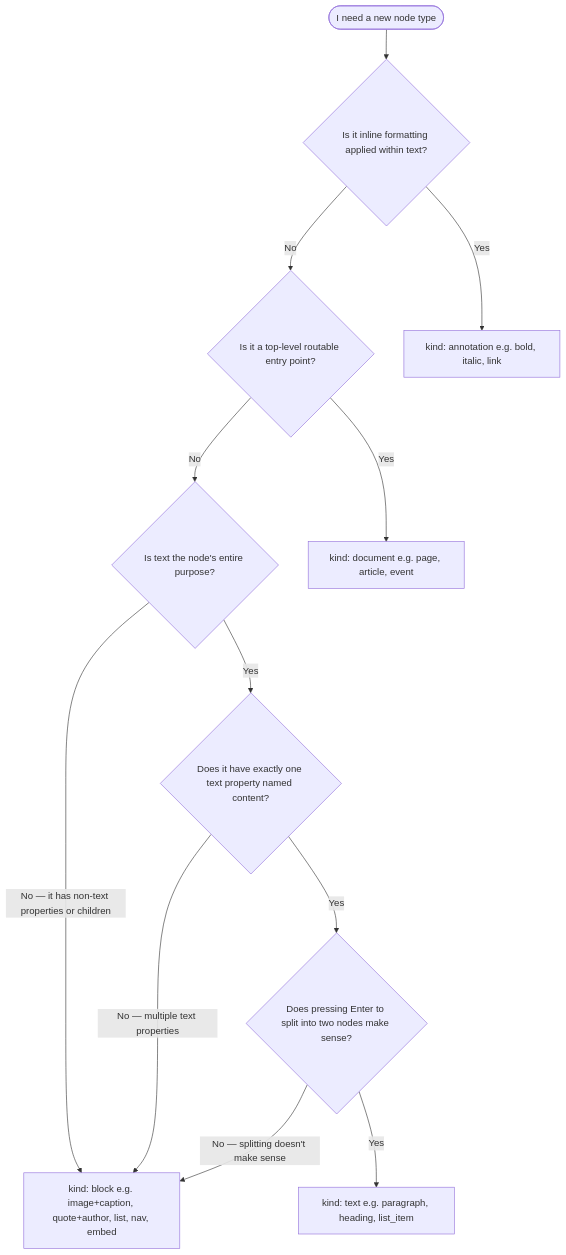
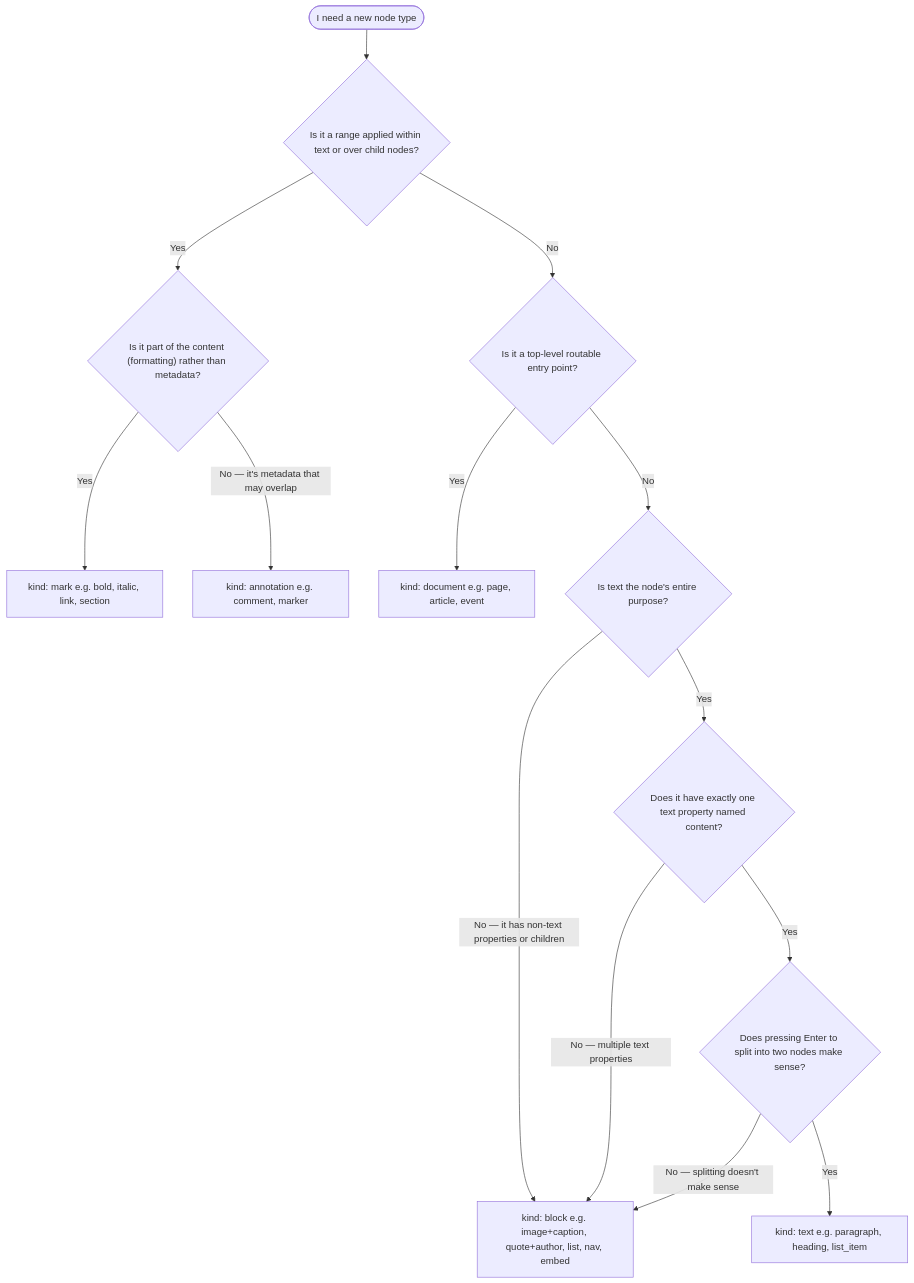
One commit to michael/svedit changed the diagram in README.md. Above: the diagram before and after it, drawn with Mermaid. The commit also changed other lines of this file and 26 other files, not shown here.

````diff
--- a/README.md
+++ b/README.md
@@ -84,26 +85,30 @@
 ```mermaid
 flowchart TD
     Start(["I need a new node type"])
-    Q1{"Is it inline formatting applied within text?"}
+    Q1{"Is it a range applied within text or over child nodes?"}
+    Q1a{"Is it part of the content (formatting) rather than metadata?"}
     Q2{"Is it a top-level routable entry point?"}
     Q3{"Is text the node's entire purpose?"}
     Q4{"Does it have exactly one text property named content?"}
     Q5{"Does pressing Enter to split into two nodes make sense?"}
 
-    KindAnnotation["kind: annotation e.g. bold, italic, link"]
+    KindMark["kind: mark e.g. bold, italic, link, section"]
+    KindAnnotation["kind: annotation e.g. comment, marker"]
     KindDocument["kind: document e.g. page, article, event"]
     KindBlock["kind: block e.g. image+caption, quote+author, list, nav, embed"]
     KindText["kind: text e.g. paragraph, heading, list_item"]
 
     Start --> Q1
-    Q1 -->|Yes| KindAnnotation
+    Q1 -->|Yes| Q1a
+    Q1a -->|Yes| KindMark
+    Q1a -->|"No — it's metadata that may overlap"| KindAnnotation
     Q1 -->|No| Q2
     Q2 -->|Yes| KindDocument
     Q2 -->|No| Q3
     Q3 -->|"No — it has non-text properties or children"| KindBlock
     Q3 -->|Yes| Q4
     Q4 -->|"No — multiple text properties"| KindBlock
     Q4 -->|Yes| Q5
     Q5 -->|"No — splitting doesn't make sense"| KindBlock
     Q5 -->|Yes| KindText
 ```
````
